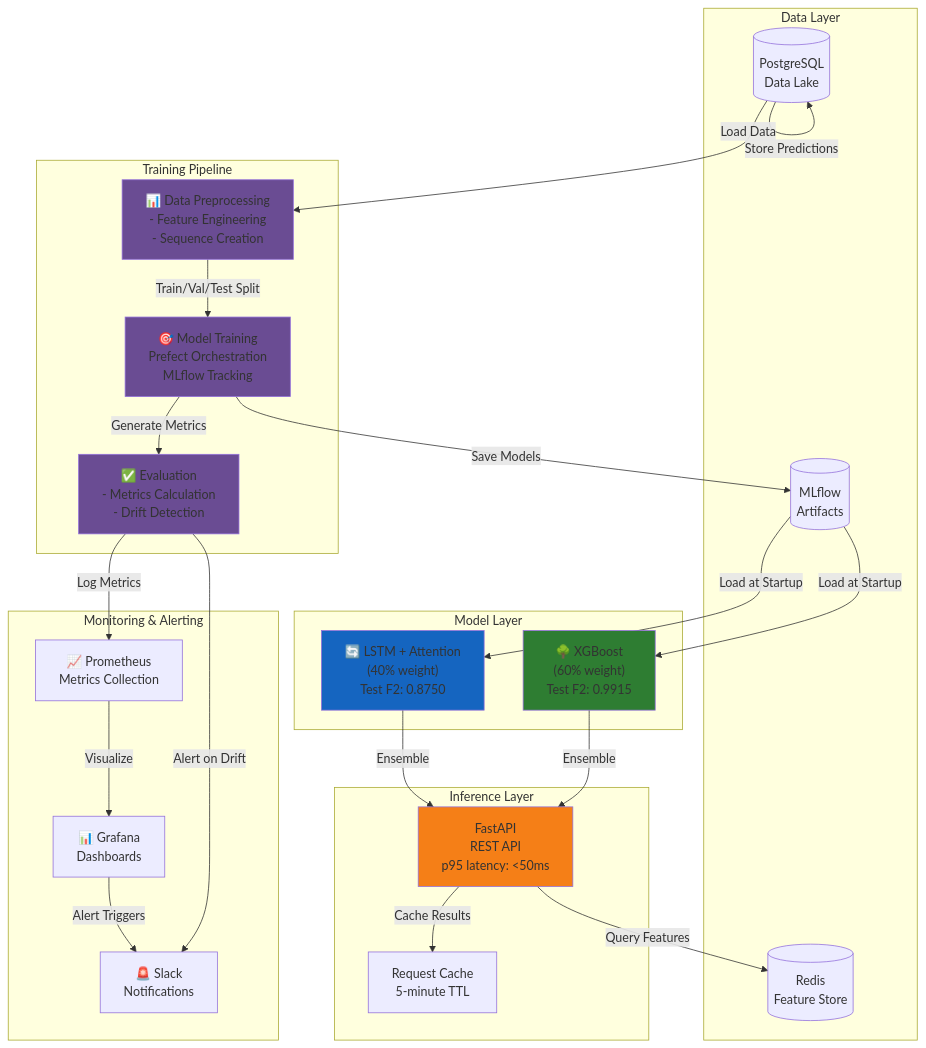
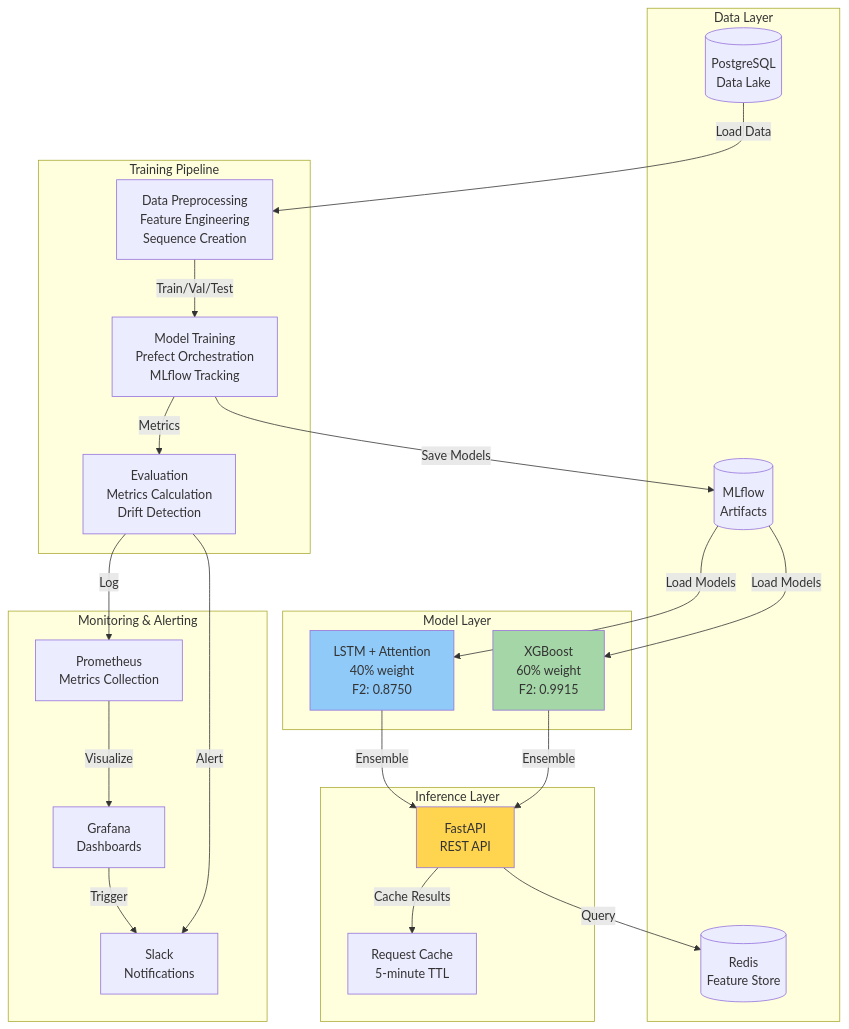
The first of 5 diagrams in assets/architecture.md (atikulmunna/predictive-maintenance-mlops), drawn with Mermaid before and after one commit. The commit also changed other lines of this file, not shown here.

Commit message:
fix: Simplify Mermaid diagrams - remove emoji and complex styling for better compatibility

````diff
--- a/assets/architecture.md
+++ b/assets/architecture.md
@@ -5,53 +5,49 @@
 ```mermaid
 graph TB
-    subgraph "Data Layer"
+    subgraph DL["Data Layer"]
         DB[(PostgreSQL<br/>Data Lake)]
         FS[(Redis<br/>Feature Store)]
         MLFLOW[(MLflow<br/>Artifacts)]
     end
     
-    subgraph "Model Layer"
-        XGB["🌳 XGBoost<br/>(60% weight)<br/>Test F2: 0.9915"]
-        LSTM["🔄 LSTM + Attention<br/>(40% weight)<br/>Test F2: 0.8750"]
+    subgraph ML["Model Layer"]
+        XGB["XGBoost<br/>60% weight<br/>F2: 0.9915"]
+        LSTM["LSTM + Attention<br/>40% weight<br/>F2: 0.8750"]
     end
     
-    subgraph "Inference Layer"
-        API["FastAPI<br/>REST API<br/>p95 latency: <50ms"]
+    subgraph IL["Inference Layer"]
+        API["FastAPI<br/>REST API"]
         CACHE["Request Cache<br/>5-minute TTL"]
     end
     
-    subgraph "Training Pipeline"
-        PREPROCESS["📊 Data Preprocessing<br/>- Feature Engineering<br/>- Sequence Creation"]
-        TRAIN["🎯 Model Training<br/>Prefect Orchestration<br/>MLflow Tracking"]
-        EVAL["✅ Evaluation<br/>- Metrics Calculation<br/>- Drift Detection"]
+    subgraph TP["Training Pipeline"]
+        PREPROCESS["Data Preprocessing<br/>Feature Engineering<br/>Sequence Creation"]
+        TRAIN["Model Training<br/>Prefect Orchestration<br/>MLflow Tracking"]
+        EVAL["Evaluation<br/>Metrics Calculation<br/>Drift Detection"]
     end
     
-    subgraph "Monitoring & Alerting"
-        PROM["📈 Prometheus<br/>Metrics Collection"]
-        GRAFANA["📊 Grafana<br/>Dashboards"]
-        SLACK["🚨 Slack<br/>Notifications"]
+    subgraph MA["Monitoring & Alerting"]
+        PROM["Prometheus<br/>Metrics Collection"]
+        GRAFANA["Grafana<br/>Dashboards"]
+        SLACK["Slack<br/>Notifications"]
     end
     
     DB -->|Load Data| PREPROCESS
-    PREPROCESS -->|Train/Val/Test Split| TRAIN
+    PREPROCESS -->|Train/Val/Test| TRAIN
     TRAIN -->|Save Models| MLFLOW
-    MLFLOW -->|Load at Startup| XGB
-    MLFLOW -->|Load at Startup| LSTM
+    MLFLOW -->|Load Models| XGB
+    MLFLOW -->|Load Models| LSTM
     XGB -->|Ensemble| API
     LSTM -->|Ensemble| API
     API -->|Cache Results| CACHE
-    API -->|Query Features| FS
-    DB -->|Store Predictions| DB
-    TRAIN -->|Generate Metrics| EVAL
-    EVAL -->|Log Metrics| PROM
+    API -->|Query| FS
+    TRAIN -->|Metrics| EVAL
+    EVAL -->|Log| PROM
     PROM -->|Visualize| GRAFANA
-    EVAL -->|Alert on Drift| SLACK
-    GRAFANA -->|Alert Triggers| SLACK
+    EVAL -->|Alert| SLACK
+    GRAFANA -->|Trigger| SLACK
 
-    style XGB fill:#2E7D32
-    style LSTM fill:#1565C0
-    style API fill:#F57F17
-    style PREPROCESS fill:#6A4C93
-    style TRAIN fill:#6A4C93
-    style EVAL fill:#6A4C93
+    style XGB fill:#A5D6A7
+    style LSTM fill:#90CAF9
+    style API fill:#FFD54F
 ```
````
